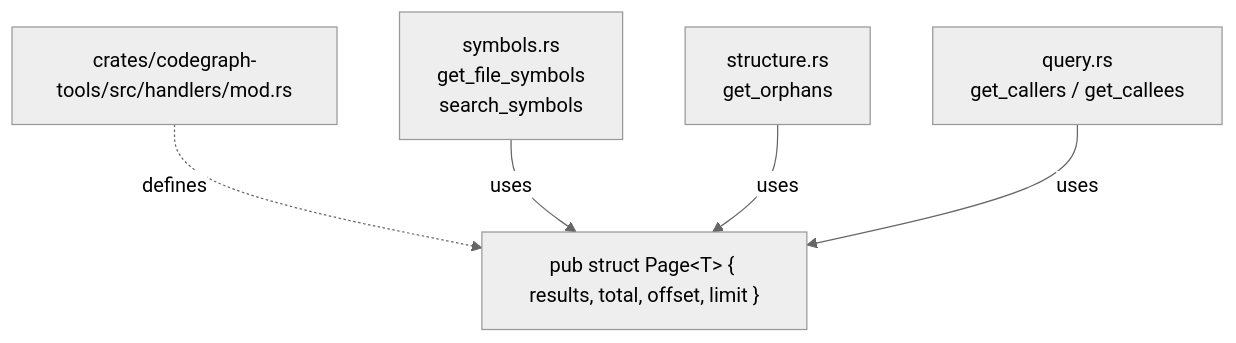
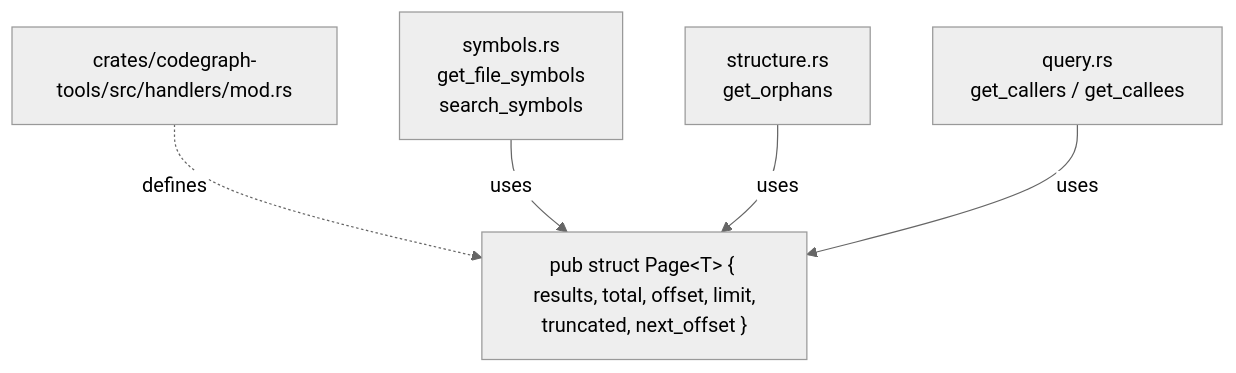
Before and after one commit to danweinerdev/code-graph-mcp: the first of 3 diagrams in .plans/Designs/Pagination/README.md, drawn with Mermaid (neutral theme). The commit also changed other lines of this file and 1 other file, not shown here.

````diff
--- a/.plans/Designs/Pagination/README.md
+++ b/.plans/Designs/Pagination/README.md
@@ -71,13 +71,13 @@
 ```mermaid
 graph TD
     Handlers[crates/codegraph-tools/src/handlers/mod.rs]
-    Page["pub struct Page&lt;T&gt; { results, total, offset, limit }"]
+    Page["pub struct Page&lt;T&gt; { results, total, offset, limit,<br/>truncated, next_offset }"]
     Symbols[symbols.rs<br/>get_file_symbols<br/>search_symbols]
     Structure[structure.rs<br/>get_orphans]
     Query[query.rs<br/>get_callers / get_callees]
 
     Handlers -.defines.-> Page
     Symbols --uses--> Page
     Structure --uses--> Page
     Query --uses--> Page
 ```
````
